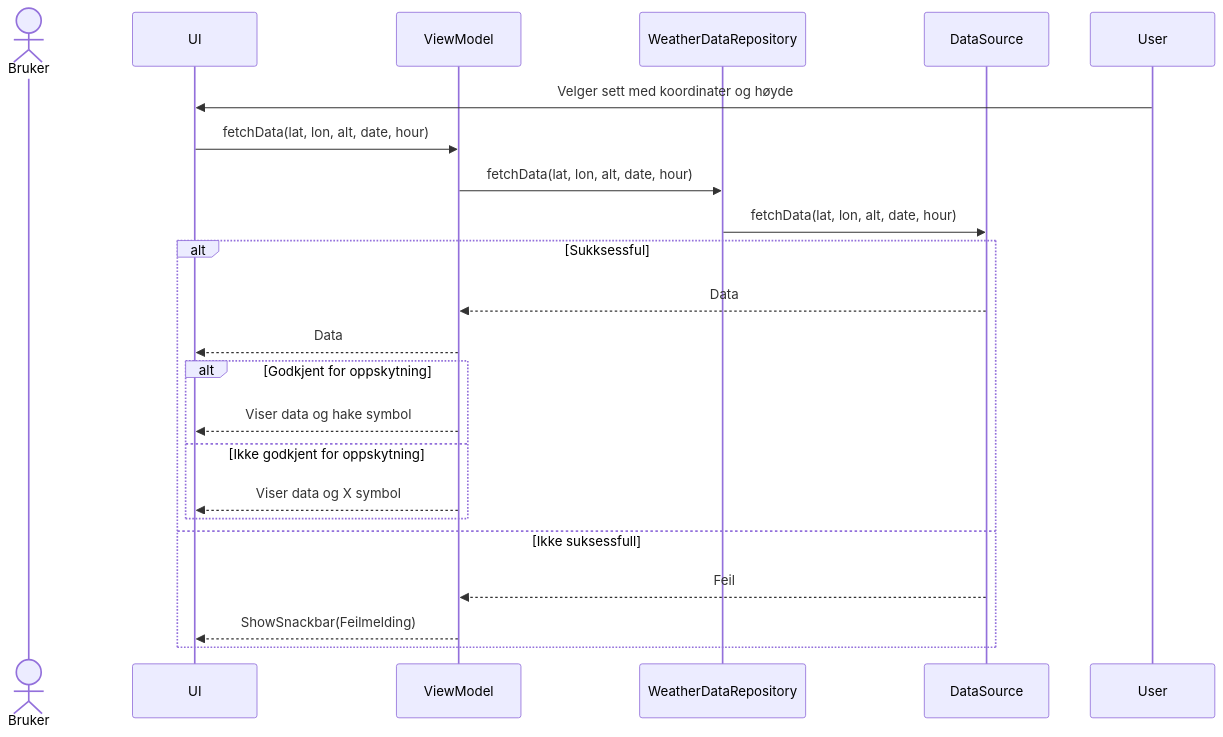
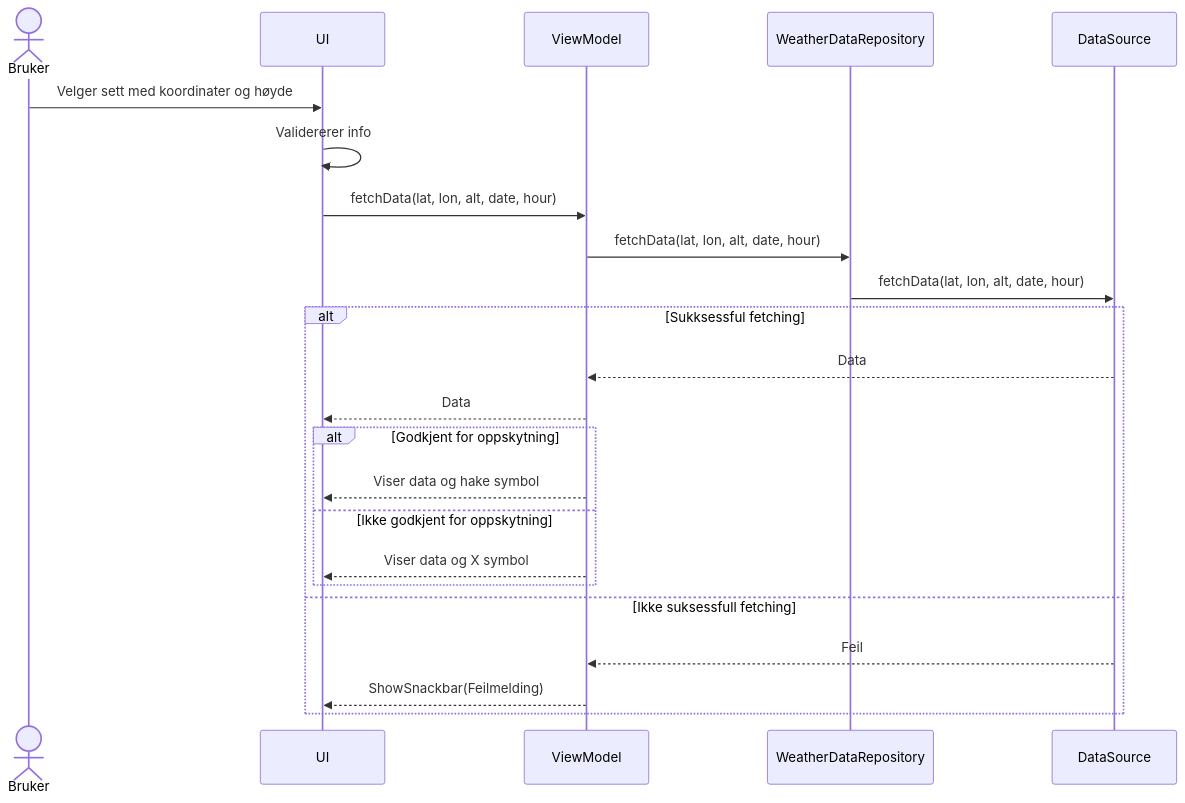
Before and after one commit to Nithusan2002/LiftOff: the first of 2 diagrams in MODELING.md, drawn with Mermaid. The commit also changed other lines of this file, not shown here.

Commit message:
Updating aktivity diagram

````diff
--- a/MODELING.md
+++ b/MODELING.md
@@ -3,32 +3,33 @@
 ```mermaid
 sequenceDiagram
     actor Bruker
     participant UI
     participant ViewModel
     participant WeatherDataRepository
     participant DataSource
  
     
     
-    User->>UI: Velger sett med koordinater og høyde
+    Bruker->>UI: Velger sett med koordinater og høyde
+    UI->>UI: Validererer info
    
     UI->>ViewModel: fetchData(lat, lon, alt, date, hour)
     ViewModel->>WeatherDataRepository: fetchData(lat, lon, alt, date, hour)
     WeatherDataRepository->>DataSource: fetchData(lat, lon, alt, date, hour)
 
-    alt Sukksessful
+    alt Sukksessful fetching
         DataSource -->> ViewModel: Data
         ViewModel -->> UI: Data
         
         alt Godkjent for oppskytning
             ViewModel -->> UI: Viser data og hake symbol
         else Ikke godkjent for oppskytning
             ViewModel -->> UI: Viser data og X symbol 
         end
 
 
-    else Ikke suksessfull 
+    else Ikke suksessfull fetching
         DataSource -->> ViewModel: Feil
         ViewModel -->>UI: ShowSnackbar(Feilmelding)
     end
 ```
````
